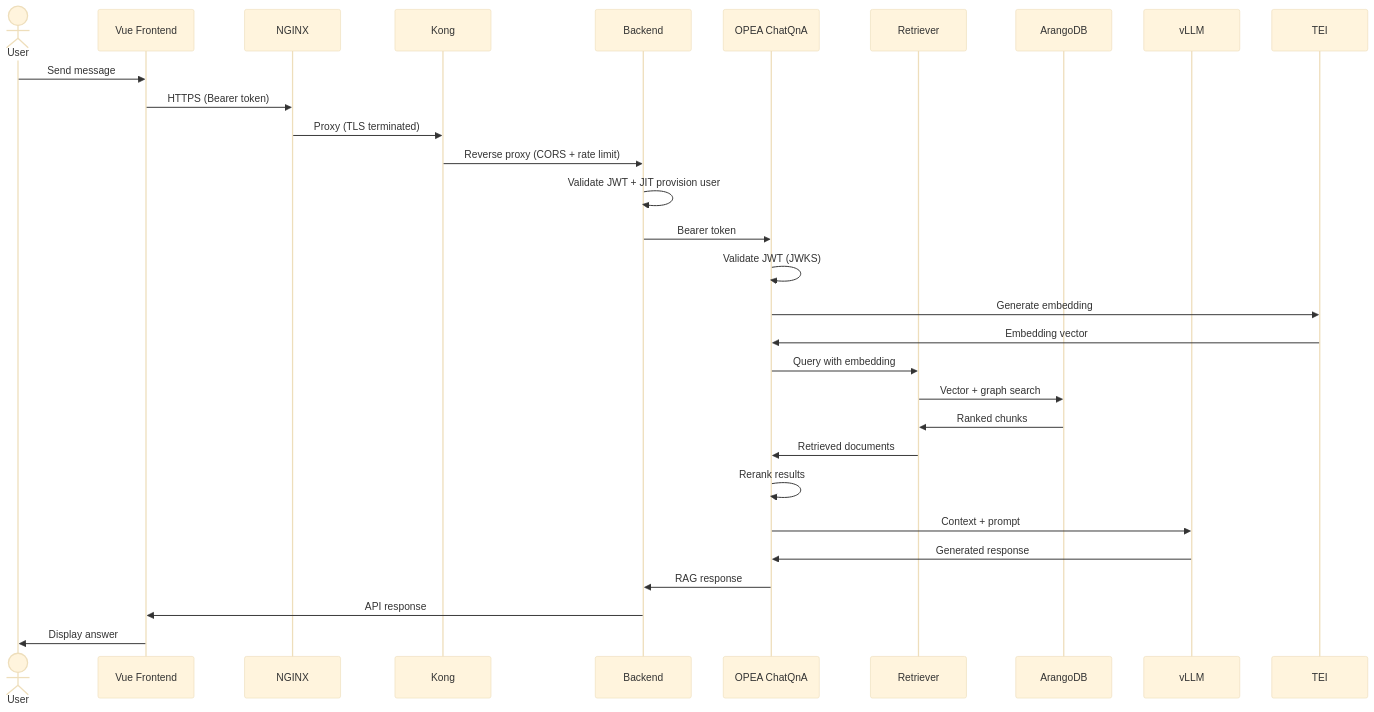
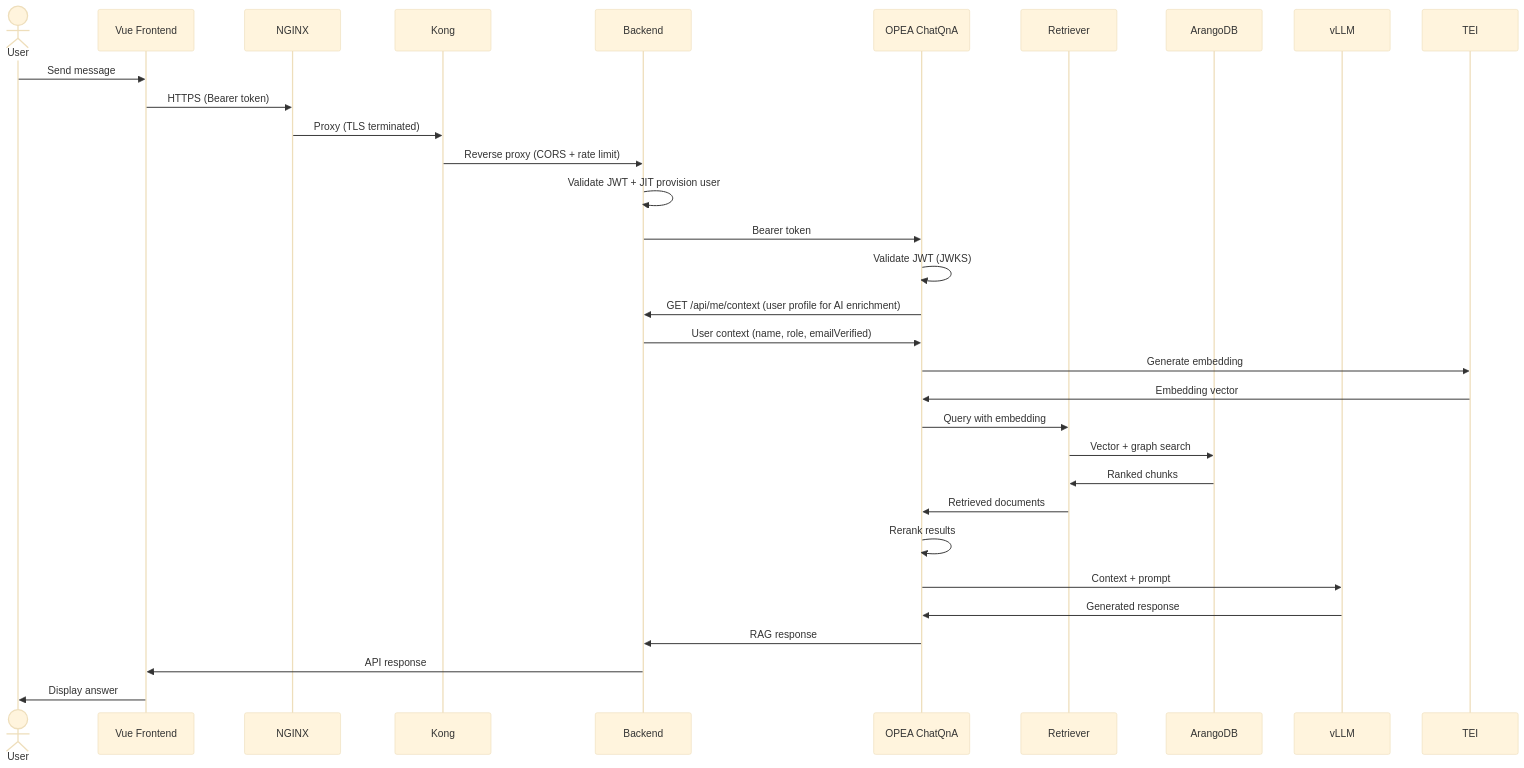
Before and after one commit to jrevillard/genie-ai-replica: the seventh of 12 diagrams in docs/architecture.md, drawn with Mermaid (base theme). The commit also changed other lines of this file and 9 other files, not shown here.

First line of the commit message:
docs: update architecture, E2E tests, and gateway config for /api/me

````diff
--- a/docs/architecture.md
+++ b/docs/architecture.md
@@ -258,32 +258,34 @@
 ```mermaid
 sequenceDiagram
     actor User
     participant FE as Vue Frontend
     participant N as NGINX
     participant K as Kong
     participant BE as Backend
     participant ChatQnA as OPEA ChatQnA
     participant Ret as Retriever
     participant ADB as ArangoDB
     participant LLM as vLLM
 
     User->>FE: Send message
     FE->>N: HTTPS (Bearer token)
     N->>K: Proxy (TLS terminated)
     K->>BE: Reverse proxy (CORS + rate limit)
     BE->>BE: Validate JWT + JIT provision user
     BE->>ChatQnA: Bearer token
     ChatQnA->>ChatQnA: Validate JWT (JWKS)
+    ChatQnA->>BE: GET /api/me/context (user profile for AI enrichment)
+    BE->>ChatQnA: User context (name, role, emailVerified)
     ChatQnA->>TEI: Generate embedding
     TEI->>ChatQnA: Embedding vector
     ChatQnA->>Ret: Query with embedding
     Ret->>ADB: Vector + graph search
     ADB->>Ret: Ranked chunks
     Ret->>ChatQnA: Retrieved documents
     ChatQnA->>ChatQnA: Rerank results
     ChatQnA->>LLM: Context + prompt
     LLM->>ChatQnA: Generated response
     ChatQnA->>BE: RAG response
     BE->>FE: API response
     FE->>User: Display answer
 ```
````
